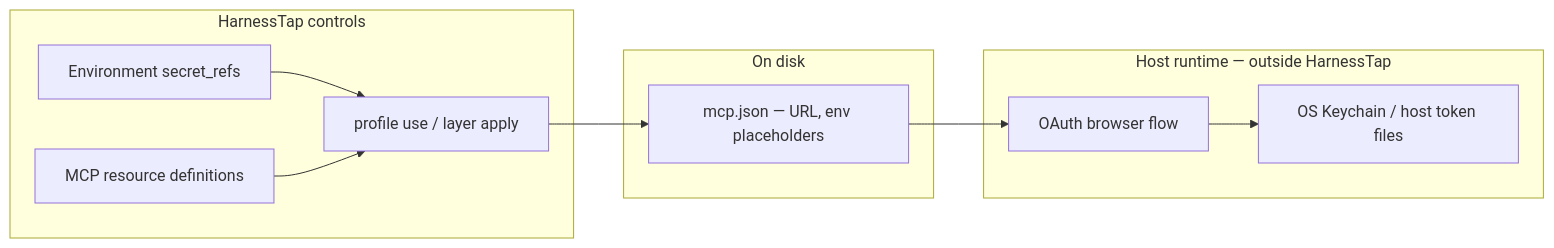
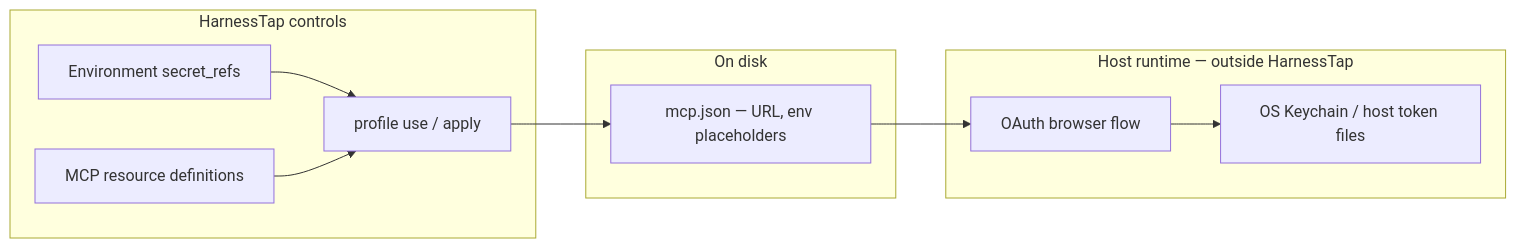
The diagram in docs/cli/concepts/environments.md (harnesstap/harnesstap), drawn with Mermaid before and after one commit. The commit also changed other lines of this file and 69 other files, not shown here.

````diff
--- a/docs/cli/concepts/environments.md
+++ b/docs/cli/concepts/environments.md
@@ -118,23 +118,23 @@
 ```mermaid
 flowchart LR
   subgraph HD[HarnessTap controls]
     Env[Environment secret_refs]
     McpDef[MCP resource definitions]
-    Apply[profile use / layer apply]
+    Apply[profile use / apply]
   end
 
   subgraph Disk[On disk]
     McpJson[mcp.json — URL, env placeholders]
   end
 
   subgraph Host[Host runtime — outside HarnessTap]
     OAuth[OAuth browser flow]
     Store[OS Keychain / host token files]
   end
 
   Env --> Apply
   McpDef --> Apply
   Apply --> McpJson
   McpJson --> OAuth
   OAuth --> Store
 ```
````
